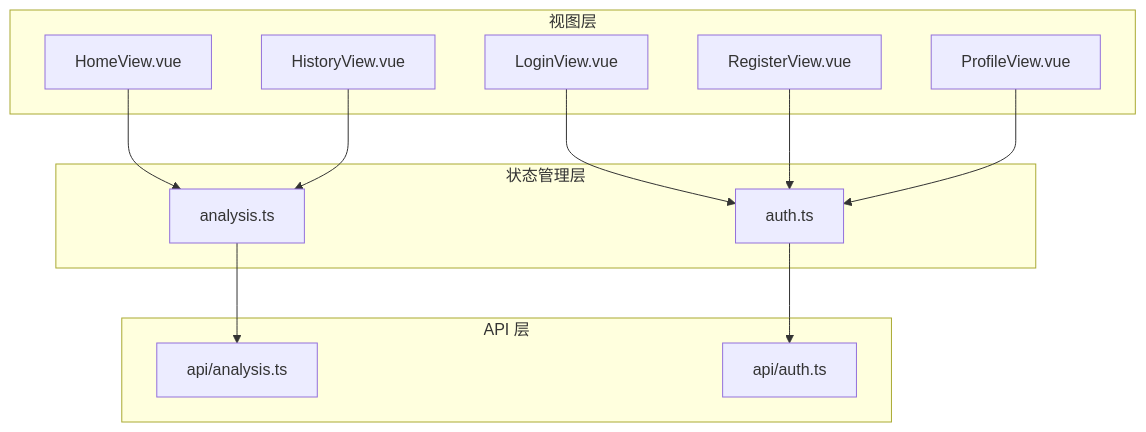
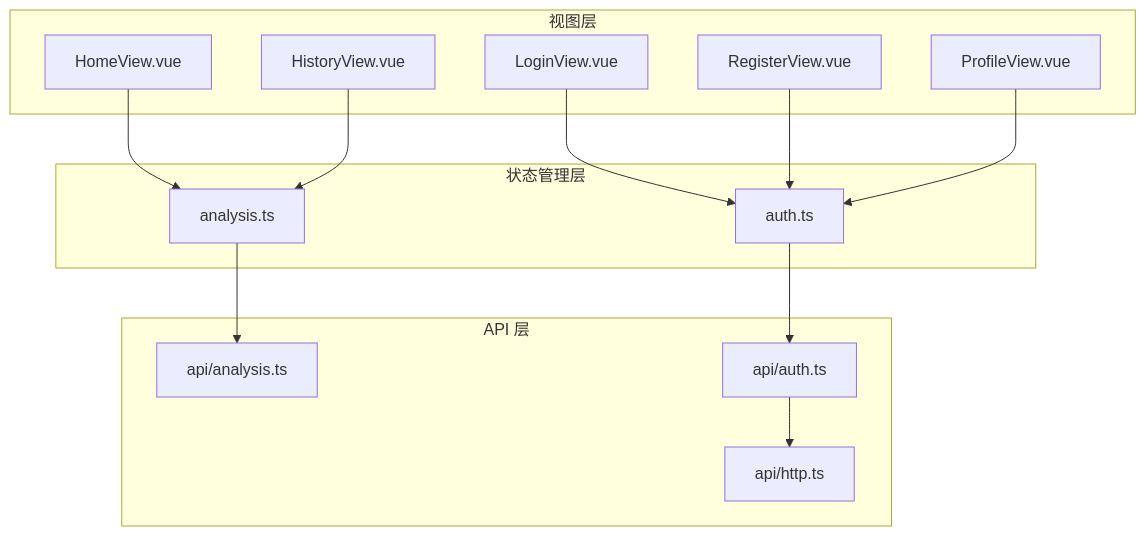
One commit to selectzhangyuan/AI-photo-coach changed the second of 11 diagrams in .qoder/repowiki/zh/content/前端应用文档/前端应用文档.md. Above: the diagram before and after it, drawn with Mermaid. The commit also changed other lines of this file and 5 other files, not shown here.

````diff
--- a/.qoder/repowiki/zh/content/前端应用文档/前端应用文档.md
+++ b/.qoder/repowiki/zh/content/前端应用文档/前端应用文档.md
@@ -138,25 +155,27 @@
 ```mermaid
 graph TB
 subgraph "视图层"
 V1["HomeView.vue"]
 V2["LoginView.vue"]
 V3["RegisterView.vue"]
 V4["HistoryView.vue"]
 V5["ProfileView.vue"]
 end
 subgraph "状态管理层"
 S1["analysis.ts"]
 S2["auth.ts"]
 end
 subgraph "API 层"
 A1["api/analysis.ts"]
 A2["api/auth.ts"]
+A3["api/http.ts"]
 end
 V1 --> S1
 V2 --> S2
 V3 --> S2
 V4 --> S1
 V5 --> S2
 S1 --> A1
 S2 --> A2
+A2 --> A3
 ```
````
